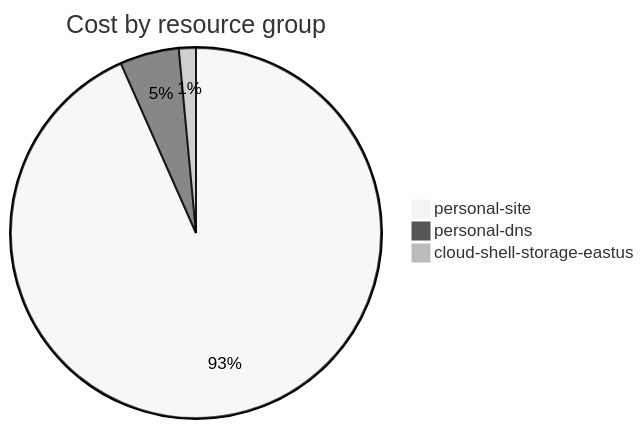
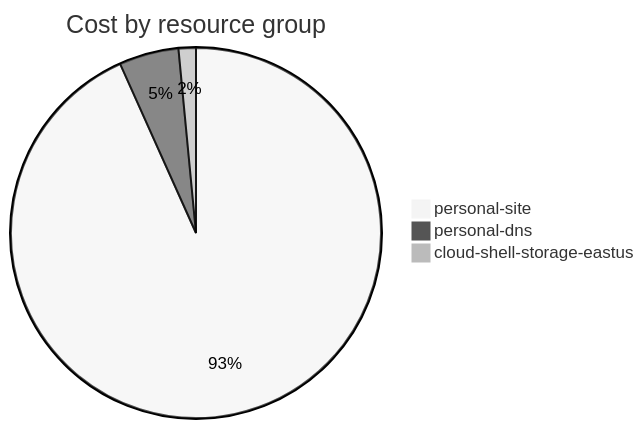
The fourth of 4 diagrams in cost-reports/accumulated-cost.md (jpfulton/azure-personal-reports), drawn with Mermaid (neutral theme) before and after one commit. The commit also changed other lines of this file and 4 other files, not shown here.

````diff
--- a/cost-reports/accumulated-cost.md
+++ b/cost-reports/accumulated-cost.md
@@ -143,7 +143,7 @@
 ```mermaid
 pie
    title Cost by resource group
-   "personal-site" : 9.42
-   "personal-dns" : 0.52
-   "cloud-shell-storage-eastus" : 0.15
+   "personal-site" : 9.87
+   "personal-dns" : 0.55
+   "cloud-shell-storage-eastus" : 0.16
 ```
````
